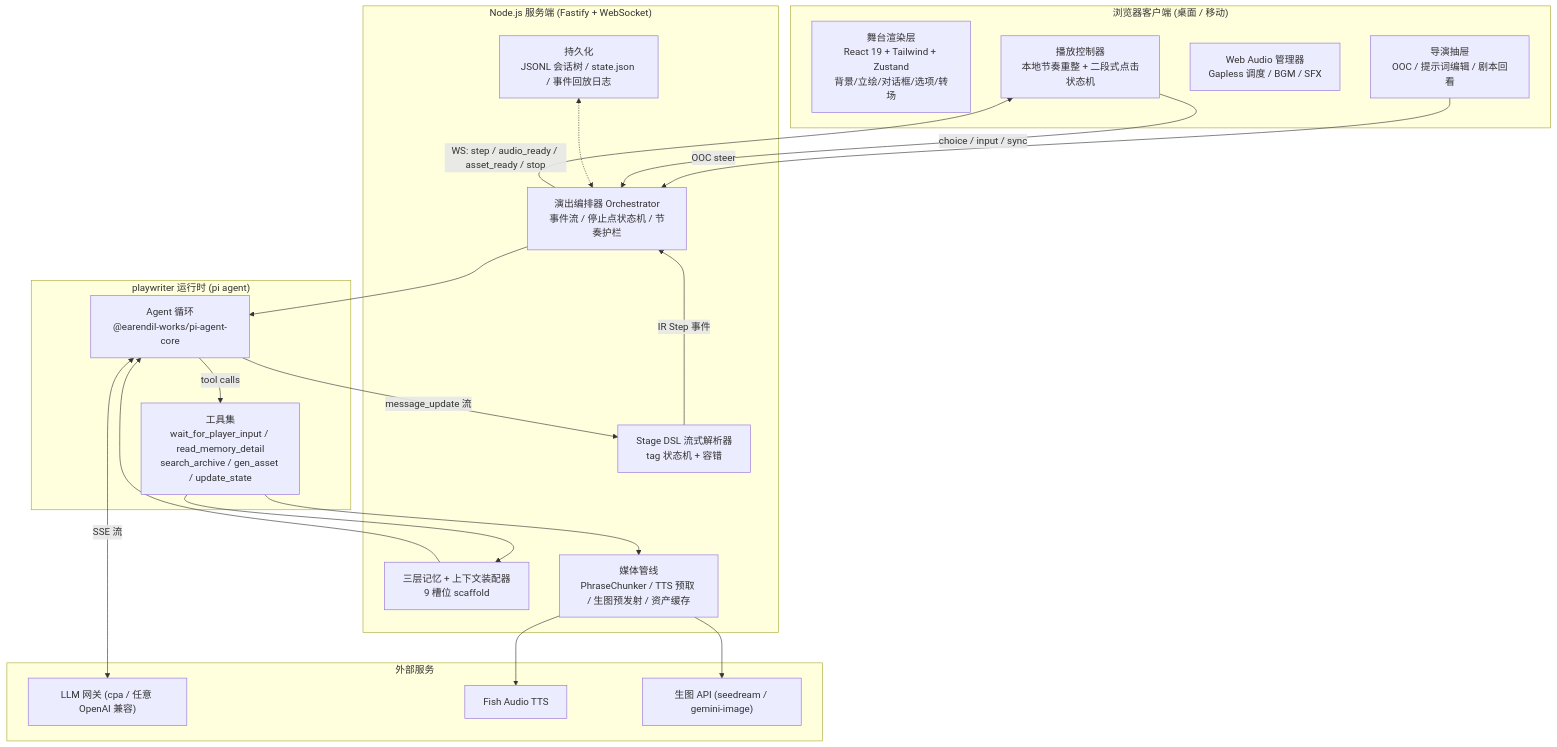
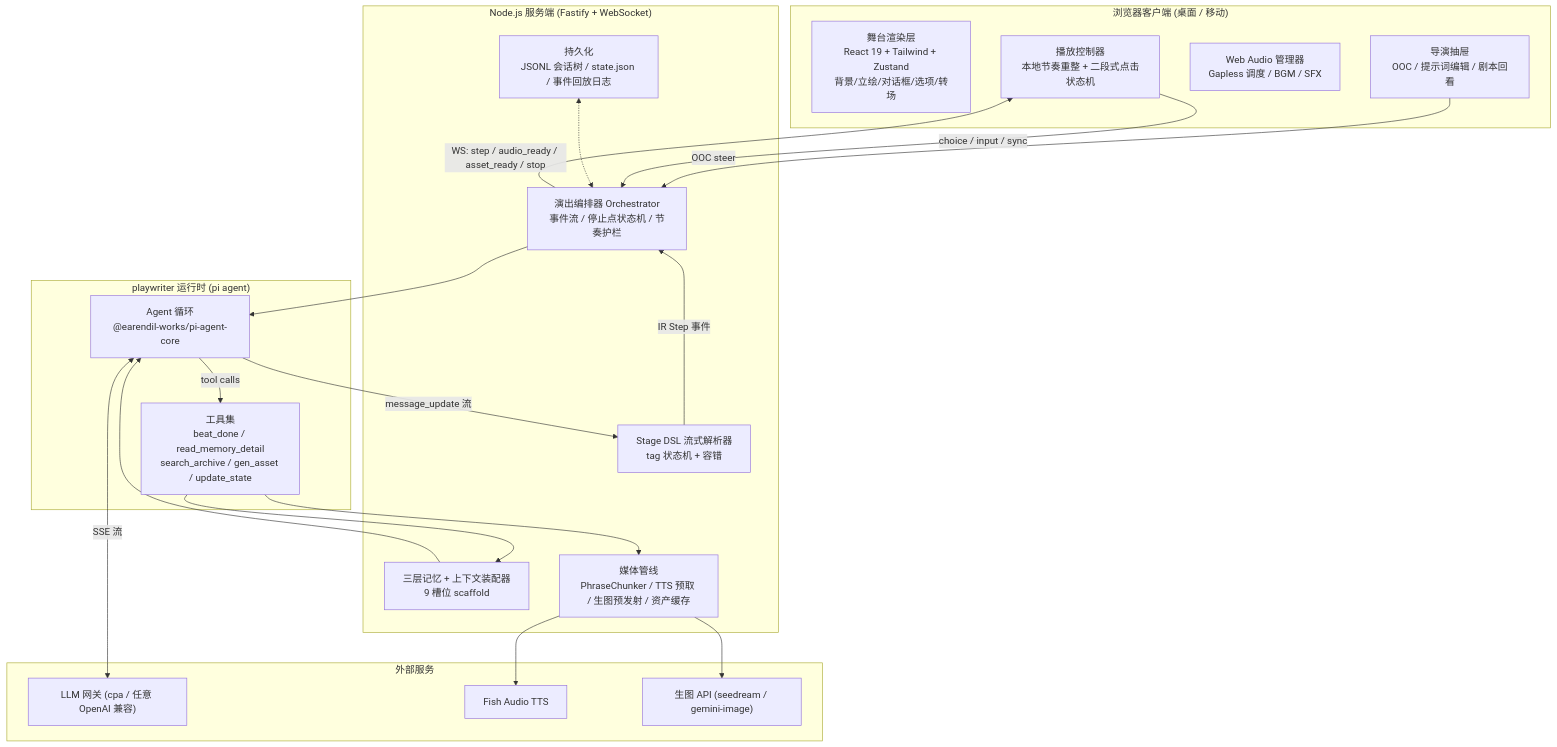
Before and after one commit to john-walks-slow/aivn: the first of 2 diagrams in docs/features/260928-stage-ai-mvp/260928-stage-ai-mvp.plan.md, drawn with Mermaid. The commit also changed other lines of this file and 4 other files, not shown here.

````diff
--- a/docs/features/260928-stage-ai-mvp/260928-stage-ai-mvp.plan.md
+++ b/docs/features/260928-stage-ai-mvp/260928-stage-ai-mvp.plan.md
@@ -84,43 +84,43 @@
 ```mermaid
 flowchart TD
     subgraph Client["浏览器客户端 (桌面 / 移动)"]
         UI["舞台渲染层<br/>React 19 + Tailwind + Zustand<br/>背景/立绘/对话框/选项/转场"]
         Pace["播放控制器<br/>本地节奏重整 + 二段式点击状态机"]
         Audio["Web Audio 管理器<br/>Gapless 调度 / BGM / SFX"]
         Drawer["导演抽屉<br/>OOC / 提示词编辑 / 剧本回看"]
     end
 
     subgraph Server["Node.js 服务端 (Fastify + WebSocket)"]
         Orch["演出编排器 Orchestrator<br/>事件流 / 停止点状态机 / 节奏护栏"]
         Parser["Stage DSL 流式解析器<br/>tag 状态机 + 容错"]
         MemDir["三层记忆 + 上下文装配器<br/>9 槽位 scaffold"]
         MediaPipe["媒体管线<br/>PhraseChunker / TTS 预取 / 生图预发射 / 资产缓存"]
         Store["持久化<br/>JSONL 会话树 / state.json / 事件回放日志"]
     end
 
     subgraph PW["playwriter 运行时 (pi agent)"]
         Agent["Agent 循环<br/>@earendil-works/pi-agent-core"]
-        Tools["工具集<br/>wait_for_player_input / read_memory_detail<br/>search_archive / gen_asset / update_state"]
+        Tools["工具集<br/>beat_done / read_memory_detail<br/>search_archive / gen_asset / update_state"]
     end
 
     subgraph Ext["外部服务"]
         LLM["LLM 网关 (cpa / 任意 OpenAI 兼容)"]
         TTS["Fish Audio TTS"]
         IMG["生图 API (seedream / gemini-image)"]
     end
 
     Drawer -->|OOC steer| Orch
     Pace -->|choice / input / sync| Orch
     Orch --> Agent
     Agent -->|message_update 流| Parser
     Agent -->|tool calls| Tools
     Tools --> MemDir
     Tools --> MediaPipe
     MemDir --> Agent
     Parser -->|IR Step 事件| Orch
     Orch -->|WS: step / audio_ready / asset_ready / stop| Pace
     MediaPipe --> TTS
     MediaPipe --> IMG
     Agent <-->|SSE 流| LLM
     Store <-.-> Orch
 ```
````
